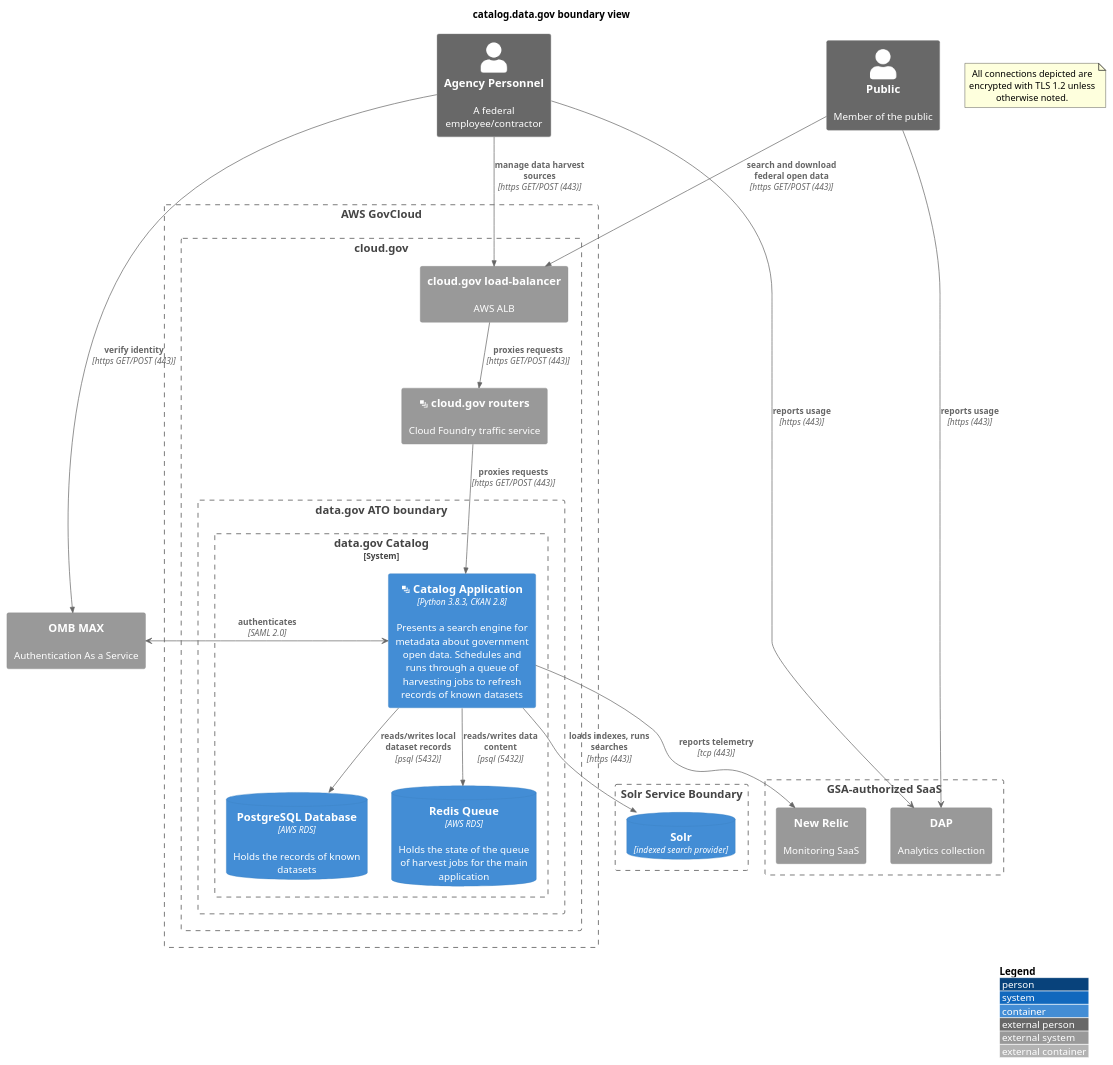
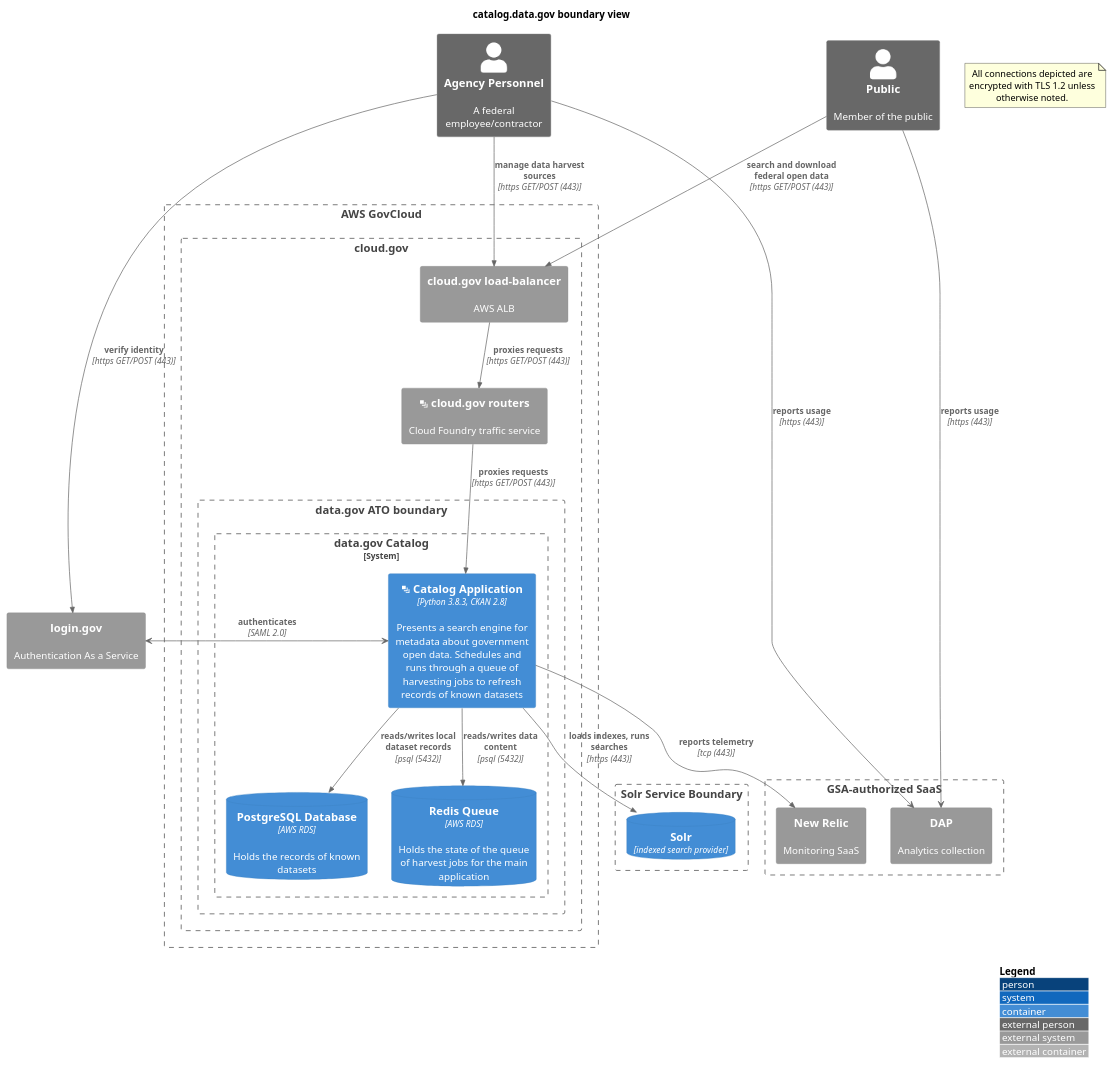
The diagram in apps/catalog.boundary.md (GSA/datagov-compliance), drawn with PlantUML before and after one commit. The commit also changed 3 other files, not shown here.

Commit message:
Replace OMB Max with login.gov

````diff
--- a/apps/catalog.boundary.md
+++ b/apps/catalog.boundary.md
@@ -3,47 +3,47 @@
 ```plantuml
 @startuml
 !include https://raw.githubusercontent.com/plantuml-stdlib/C4-PlantUML/master/C4_Container.puml
 ' uncomment the following line and comment the first to use locally
 ' !include C4_Container.puml
 LAYOUT_WITH_LEGEND()
 title catalog.data.gov boundary view
 Person_Ext(personnel, "Agency Personnel", "A federal employee/contractor")
 Person_Ext(public, "Public", "Member of the public")
 note as EncryptionNote
 All connections depicted are encrypted with TLS 1.2 unless otherwise noted.
 end note
 Boundary(aws, "AWS GovCloud") {
     Boundary(cloudgov, "cloud.gov") {
         System_Ext(aws_alb, "cloud.gov load-balancer", "AWS ALB")
         System_Ext(cloudgov_router, "<&layers> cloud.gov routers", "Cloud Foundry traffic service")
         Boundary(atob, "data.gov ATO boundary") {
             System_Boundary(catalog, "data.gov Catalog") {
                 Container(catalog_app, "<&layers> Catalog Application", "Python 3.8.3, CKAN 2.8", "Presents a search engine for metadata about government open data. Schedules and runs through a queue of harvesting jobs to refresh records of known datasets")
                 ContainerDb(catalog_db, "PostgreSQL Database", "AWS RDS", "Holds the records of known datasets")
                 ContainerDb(catalog_s3, "Redis Queue", "AWS RDS", "Holds the state of the queue of harvest jobs for the main application")
             }
         }
     }
 }
-System_Ext(OMB, "OMB MAX", "Authentication As a Service")
+System_Ext(login, "login.gov", "Authentication As a Service")
 Boundary(gsa_saas, "GSA-authorized SaaS") {
     System_Ext(dap, "DAP", "Analytics collection")
     System_Ext(newrelic, "New Relic", "Monitoring SaaS")
 }
 personnel -> dap : **reports usage** \n//[https (443)]//
 public -> dap : **reports usage** \n//[https (443)]//
 Rel(catalog_app, newrelic, "reports telemetry", "tcp (443)")
 Rel(personnel, aws_alb, "manage data harvest sources", "https GET/POST (443)")
 Rel(public, aws_alb, "search and download federal open data", "https GET/POST (443)")
 Rel(aws_alb, cloudgov_router, "proxies requests", "https GET/POST (443)")
 Rel(cloudgov_router, catalog_app, "proxies requests", "https GET/POST (443)")
-catalog_app <-> OMB : **authenticates** \n//[SAML 2.0]//
-Rel(personnel, OMB, "verify identity", "https GET/POST (443)")
+catalog_app <-> login : **authenticates** \n//[SAML 2.0]//
+Rel(personnel, login, "verify identity", "https GET/POST (443)")
 Rel(catalog_app, catalog_db, "reads/writes local dataset records", "psql (5432)")
 Rel(catalog_app, catalog_s3, "reads/writes data content", "psql (5432)")
 Boundary(solrb, "Solr Service Boundary") {
   ContainerDb(solr, "Solr", "indexed search provider")
 }
 Rel(catalog_app, solr, "loads indexes, runs searches", "https (443)")
 @enduml
 ```
````
